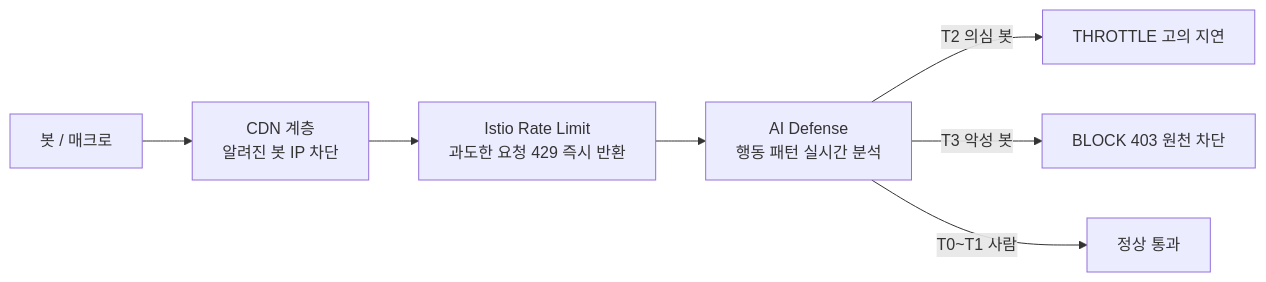
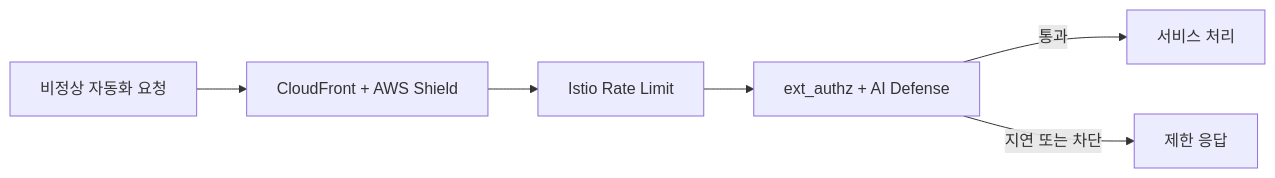
Before and after one commit to goorm-gongbang/001-finalPR: the diagram in docs/content/security/bot-defense.md, drawn with Mermaid. The commit also changed other lines of this file and 4 other files, not shown here.

````diff
--- a/docs/content/security/bot-defense.md
+++ b/docs/content/security/bot-defense.md
@@ -9,9 +9,8 @@
 ```mermaid
 flowchart LR
-    BOT[봇 / 매크로] --> CDN[CDN 계층<br/>알려진 봇 IP 차단]
-    CDN --> RATE[Istio Rate Limit<br/>과도한 요청 429 즉시 반환]
-    RATE --> AI[AI Defense<br/>행동 패턴 실시간 분석]
-    AI -->|T2 의심 봇| THROTTLE[THROTTLE 고의 지연]
-    AI -->|T3 악성 봇| BLOCK[BLOCK 403 원천 차단]
-    AI -->|T0~T1 사람| ALLOW[정상 통과]
+    BOT[비정상 자동화 요청] --> EDGE[CloudFront + AWS Shield]
+    EDGE --> LIMIT[Istio Rate Limit]
+    LIMIT --> AUTHZ[ext_authz + AI Defense]
+    AUTHZ -->|통과| APP[서비스 처리]
+    AUTHZ -->|지연 또는 차단| BLOCK[제한 응답]
 ```
````
